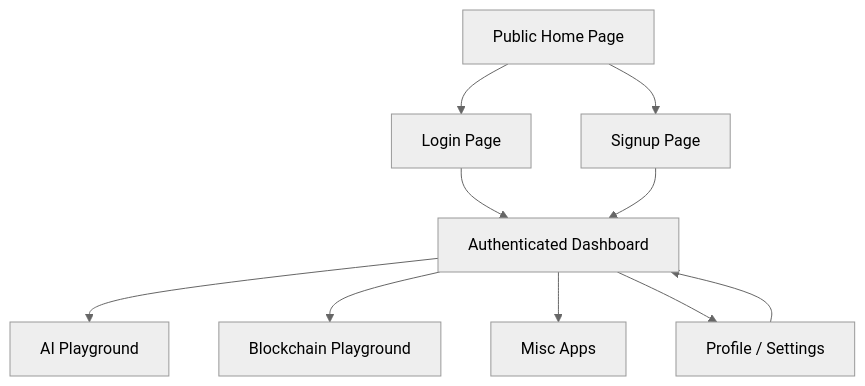
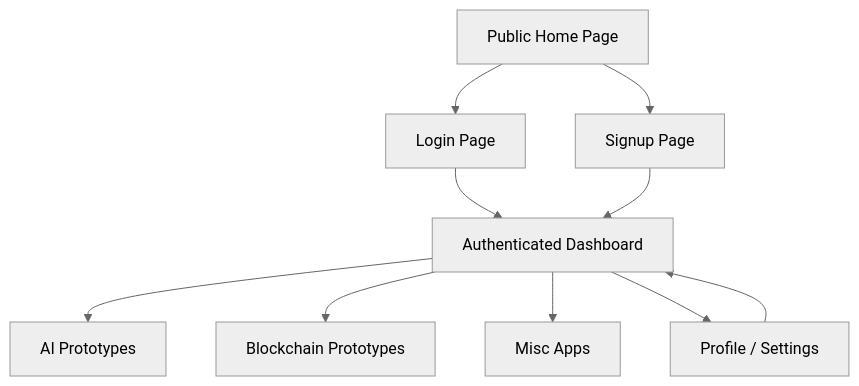
The diagram in docs/ai-agents/staging/workflow-wireframe-draft.md (radhikari89/codex-demo), drawn with Mermaid (neutral theme) before and after one commit. The commit also changed other lines of this file and 13 other files, not shown here.

````diff
--- a/docs/ai-agents/staging/workflow-wireframe-draft.md
+++ b/docs/ai-agents/staging/workflow-wireframe-draft.md
@@ -26,21 +26,21 @@
 ```mermaid
 flowchart TD
   home[Public Home Page]
   login[Login Page]
   signup[Signup Page]
   dashboard[Authenticated Dashboard]
-  ai[AI Playground]
-  blockchain[Blockchain Playground]
+  ai[AI Prototypes]
+  blockchain[Blockchain Prototypes]
   misc[Misc Apps]
   profile[Profile / Settings]
 
   home --> login
   home --> signup
   login --> dashboard
   signup --> dashboard
   dashboard --> ai
   dashboard --> blockchain
   dashboard --> misc
   dashboard --> profile
   profile --> dashboard
 ```
````
